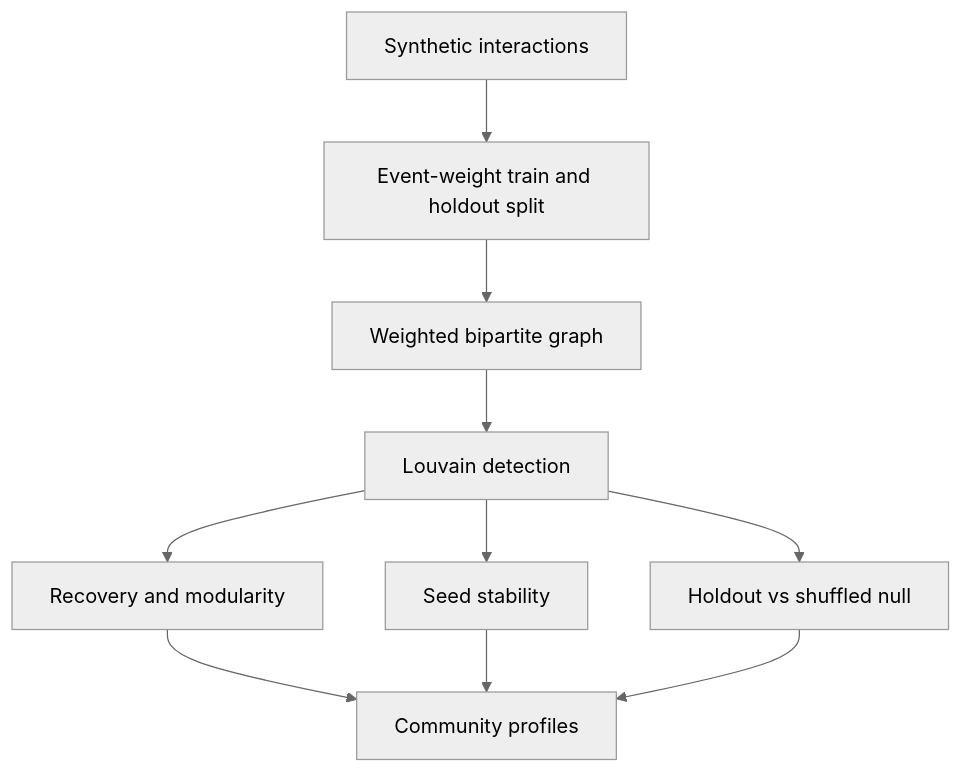
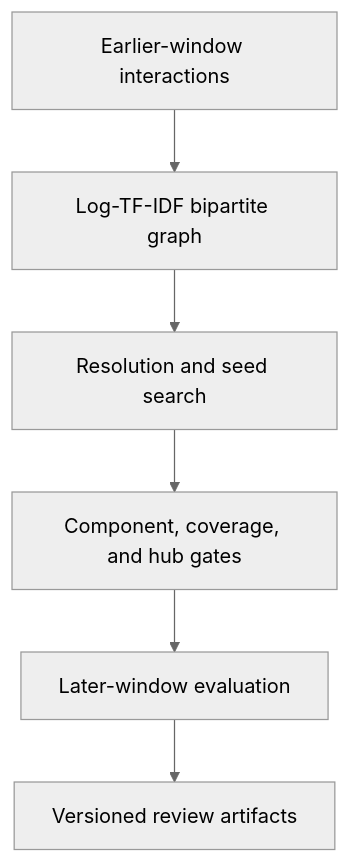
The diagram in README.md (parisaMSTFV/community-detection), drawn with Mermaid (neutral theme) before and after one commit. The commit also changed other lines of this file and 47 other files, not shown here.

First line of the commit message:
Harden community-detection pipeline (#2)

````diff
--- a/README.md
+++ b/README.md
@@ -61,12 +33,8 @@
 ```mermaid
 flowchart TD
-    A["Synthetic interactions"] --> B["Event-weight train and holdout split"]
-    B --> C["Weighted bipartite graph"]
-    C --> D["Louvain detection"]
-    D --> E["Recovery and modularity"]
-    D --> F["Seed stability"]
-    D --> G["Holdout vs shuffled null"]
-    E --> H["Community profiles"]
-    F --> H
-    G --> H
+    A["Earlier-window interactions"] --> B["Log-TF-IDF bipartite graph"]
+    B --> C["Resolution and seed search"]
+    C --> D["Component, coverage, and hub gates"]
+    D --> E["Later-window evaluation"]
+    E --> F["Versioned review artifacts"]
 ```
````
